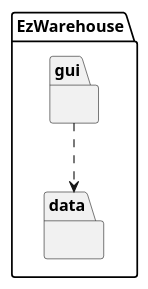
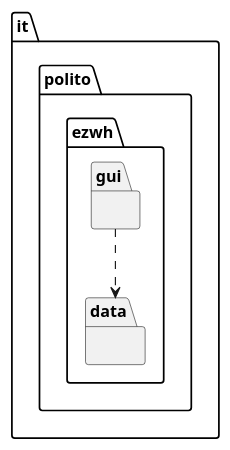
Before and after one commit to LucaFilippetti99/EzWh---Software-engineering-project: the first of 6 diagrams in DesignDocument.md, drawn with PlantUML. The commit also changed other lines of this file, not shown here.

Commit message:
Added Scenario 10-1 to sequence diagrams, fixed package diagram

````diff
--- a/DesignDocument.md
+++ b/DesignDocument.md
@@ -41,11 +41,11 @@
 ```plantuml
-    package "EzWarehouse"{
-        package  "gui"  {
+    package "it.polito.ezwh"{
+        package  it.polito.ezwh.gui{
     }
     
-    package "data"{
+    package it.polito.ezwh.data{
     }
   
-    gui ..> data
+    it.polito.ezwh.gui ..> it.polito.ezwh.data
     }
 ```
````
